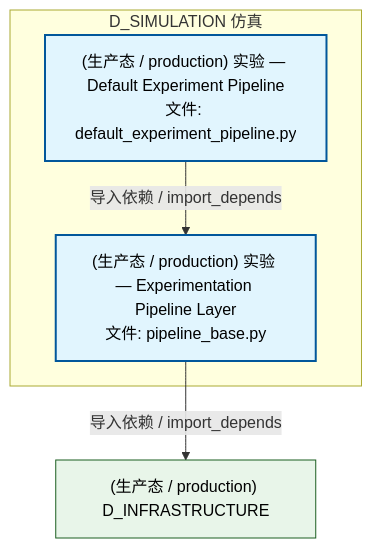
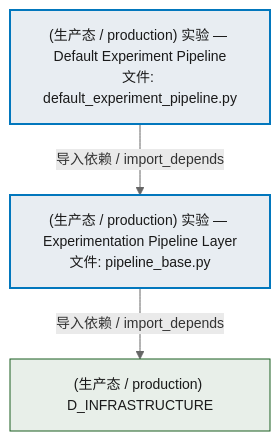
Before and after one commit to xuanFelixVan/ZephyrAlpha: the second of 3 diagrams in docs/02_enterprise_architecture/02_domain_architecture_docs/70_d_simulation.md, drawn with Mermaid. The commit also changed other lines of this file and 76 other files, not shown here.

````diff
--- a/docs/02_enterprise_architecture/02_domain_architecture_docs/70_d_simulation.md
+++ b/docs/02_enterprise_architecture/02_domain_architecture_docs/70_d_simulation.md
@@ -83,16 +82,15 @@
 ```mermaid
-graph TD
-    subgraph D_SIMULATION["D_SIMULATION 仿真"]
-        src_zephyr_simulation_implementations_default_experiment_pipeline_py["(生产态 / production) 实验 — Default Experiment Pipeline<br/>文件: default_experiment_pipeline.py"]
-        src_zephyr_simulation_pipeline_base_py["(生产态 / production) 实验 — Experimentation Pipeline Layer<br/>文件: pipeline_base.py"]
-    end
+%%{init: {'theme': 'base', 'themeVariables': {'primaryColor': '#eaeaea', 'primaryTextColor': '#333333', 'primaryBorderColor': '#666666', 'lineColor': '#666666', 'secondaryColor': '#eaeaea', 'tertiaryColor': '#eaeaea', 'fontSize': '14px'}}}%%
+flowchart TD
+    src_zephyr_simulation_implementations_default_experiment_pipeline_py["(生产态 / production) 实验 — Default Experiment Pipeline<br/>文件: default_experiment_pipeline.py"]
+    src_zephyr_simulation_pipeline_base_py["(生产态 / production) 实验 — Experimentation Pipeline Layer<br/>文件: pipeline_base.py"]
     src_zephyr_simulation_implementations_default_experiment_pipeline_py -->|导入依赖 / import_depends| src_zephyr_simulation_pipeline_base_py
     D_INFRASTRUCTURE["(生产态 / production) D_INFRASTRUCTURE"]
     src_zephyr_simulation_pipeline_base_py -->|导入依赖 / import_depends| D_INFRASTRUCTURE
-    classDef production fill:#e1f5fe,stroke:#01579b,stroke-width:2px,color:#000
-    classDef design fill:#fff3e0,stroke:#e65100,stroke-width:2px,color:#000,stroke-dasharray: 5 5
-    classDef external_prod fill:#e8f5e9,stroke:#1b5e20,stroke-width:1px,color:#000
-    classDef external_design fill:#fce4ec,stroke:#880e4f,stroke-width:1px,color:#000,stroke-dasharray: 5 5
+    classDef production fill:#e8edf2,stroke:#0277bd,stroke-width:2px,color:#1a1a1a
+    classDef design fill:#f0ebe3,stroke:#bf360c,stroke-width:2px,color:#1a1a1a,stroke-dasharray: 5 5
+    classDef external_prod fill:#e8efe9,stroke:#1b5e20,stroke-width:1px,color:#1a1a1a
+    classDef external_design fill:#efe5ea,stroke:#880e4f,stroke-width:1px,color:#1a1a1a,stroke-dasharray: 5 5
     class src_zephyr_simulation_implementations_default_experiment_pipeline_py,src_zephyr_simulation_pipeline_base_py production
     class D_INFRASTRUCTURE external_prod
 ```
````
